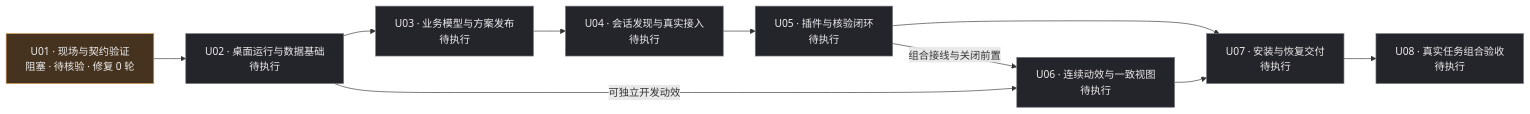
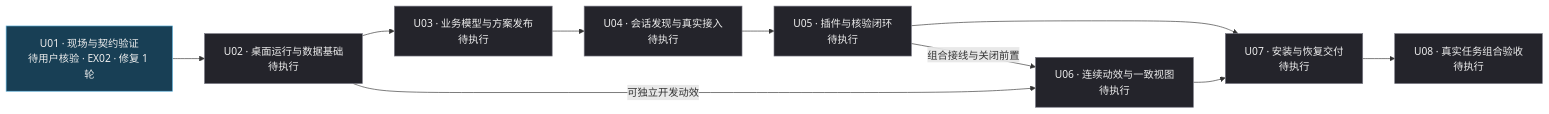
One commit to WuwuZhang0019/Codex-task-monitoring changed the diagram in docs/03_桌面工作台与Codex连接/02_台账/01_手动试跑主台账_2026-11-09.md. Above: the diagram before and after it, drawn with Mermaid. The commit also changed other lines of this file and 3 other files, not shown here.

````diff
--- a/docs/03_桌面工作台与Codex连接/02_台账/01_手动试跑主台账_2026-11-09.md
+++ b/docs/03_桌面工作台与Codex连接/02_台账/01_手动试跑主台账_2026-11-09.md
@@ -32,26 +32,26 @@
 ```mermaid
 flowchart LR
-    U01["U01 · 现场与契约验证<br/>阻塞 · 待核验 · 修复 0 轮"]
+    U01["U01 · 现场与契约验证<br/>待用户核验 · EX02 · 修复 1 轮"]
     U02["U02 · 桌面运行与数据基础<br/>待执行"]
     U03["U03 · 业务模型与方案发布<br/>待执行"]
     U04["U04 · 会话发现与真实接入<br/>待执行"]
     U05["U05 · 插件与核验闭环<br/>待执行"]
     U06["U06 · 连续动效与一致视图<br/>待执行"]
     U07["U07 · 安装与恢复交付<br/>待执行"]
     U08["U08 · 真实任务组合验收<br/>待执行"]
 
     U01 --> U02
     U02 --> U03
     U03 --> U04
     U04 --> U05
     U05 -->|组合接线与关闭前置| U06
     U02 -->|可独立开发动效| U06
     U05 --> U07
     U06 --> U07
     U07 --> U08
 
     classDef pending fill:#24242b,stroke:#777783,color:#eeeeee;
-    classDef blocked fill:#46331f,stroke:#d49a53,color:#eeeeee;
-    class U01 blocked;
+    classDef review fill:#183f55,stroke:#63b6df,color:#eeeeee;
+    class U01 review;
     class U02,U03,U04,U05,U06,U07,U08 pending;
 ```
````
